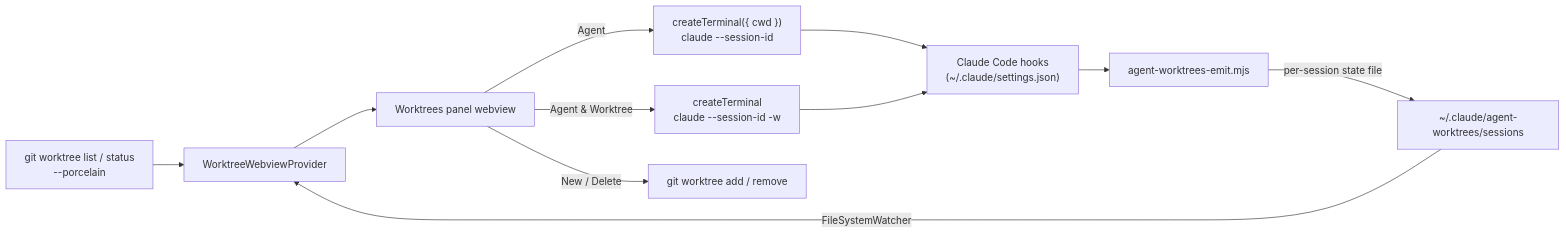
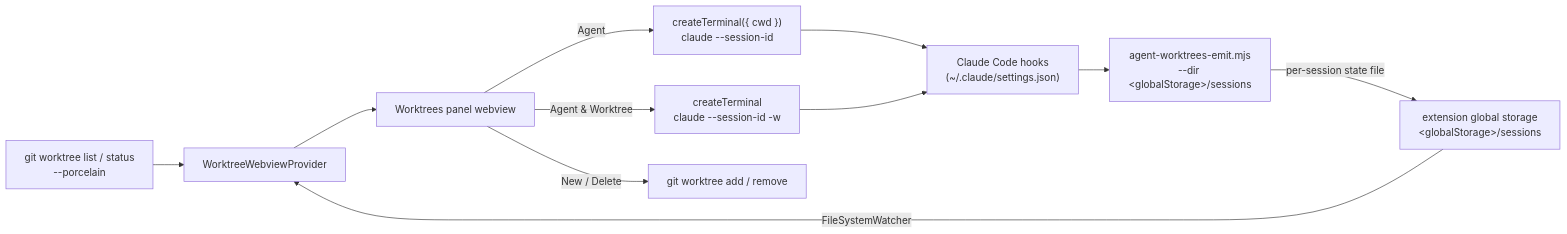
The diagram in README.md (BradenTerry/agent-worktrees), drawn with Mermaid before and after one commit. The commit also changed other lines of this file and 7 other files, not shown here.

First line of the commit message:
Move session data to global storage; add summary tooltip

````diff
--- a/README.md
+++ b/README.md
@@ -90,13 +96,13 @@
 ```mermaid
 flowchart LR
     G["git worktree list / status<br/>--porcelain"] --> P[WorktreeWebviewProvider]
     P --> V[Worktrees panel webview]
     V -->|Agent| T["createTerminal({ cwd })<br/>claude --session-id"]
     V -->|Agent & Worktree| TW["createTerminal<br/>claude --session-id -w"]
     V -->|New / Delete| WT["git worktree add / remove"]
-    H["Claude Code hooks<br/>(~/.claude/settings.json)"] --> E["agent-worktrees-emit.mjs"]
-    E -->|per-session state file| S["~/.claude/agent-worktrees/sessions"]
+    H["Claude Code hooks<br/>(~/.claude/settings.json)"] --> E["agent-worktrees-emit.mjs<br/>--dir &lt;globalStorage&gt;/sessions"]
+    E -->|per-session state file| S["extension global storage<br/>&lt;globalStorage&gt;/sessions"]
     S -->|FileSystemWatcher| P
     T --> H
     TW --> H
 ```
````
